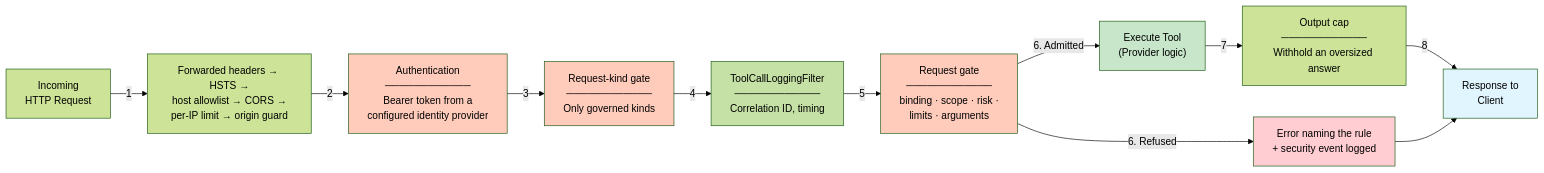
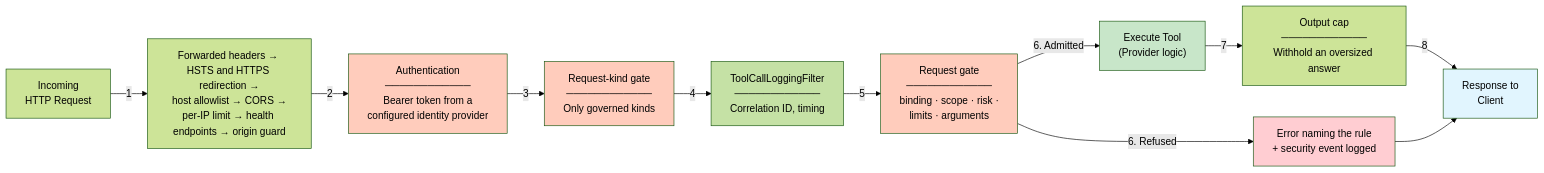
Before and after one commit to oskarc/MCPExtensibleTemplate: the fifth of 10 diagrams in docs/02-ARCHITECTURE-FLOWCHARTS.md, drawn with Mermaid (forest theme). The commit also changed other lines of this file and 14 other files, not shown here.

````diff
--- a/docs/02-ARCHITECTURE-FLOWCHARTS.md
+++ b/docs/02-ARCHITECTURE-FLOWCHARTS.md
@@ -191,29 +191,29 @@
 ```mermaid
 graph LR
-    Request["Incoming<br/>HTTP Request"] -->|1| Pipeline["Forwarded headers → HSTS →<br/>host allowlist → CORS →<br/>per-IP limit → origin guard"]
+    Request["Incoming<br/>HTTP Request"] -->|1| Pipeline["Forwarded headers → HSTS and HTTPS redirection →<br/>host allowlist → CORS →<br/>per-IP limit → health endpoints → origin guard"]
 
     Pipeline -->|2| Auth["Authentication<br/>────────────<br/>Bearer token from a<br/>configured identity provider"]
 
     Auth -->|3| Kinds["Request-kind gate<br/>────────────<br/>Only governed kinds"]
 
     Kinds -->|4| Logger["ToolCallLoggingFilter<br/>────────────<br/>Correlation ID, timing"]
 
     Logger -->|5| Gate["Request gate<br/>────────────<br/>binding · scope · risk ·<br/>limits · arguments"]
 
     Gate -->|6. Admitted| Execute["Execute Tool<br/>(Provider logic)"]
     Gate -->|6. Refused| Refused["Error naming the rule<br/>+ security event logged"]
 
     Execute -->|7| Cap["Output cap<br/>────────────<br/>Withhold an oversized answer"]
 
     Cap -->|8| Response["Response to<br/>Client"]
 
     Refused --> Response
 
     style Auth fill:#ffccbc
     style Kinds fill:#ffccbc
     style Logger fill:#c5e1a5
     style Gate fill:#ffccbc
     style Execute fill:#c8e6c9
     style Refused fill:#ffcdd2
     style Response fill:#e1f5fe
 ```
````
